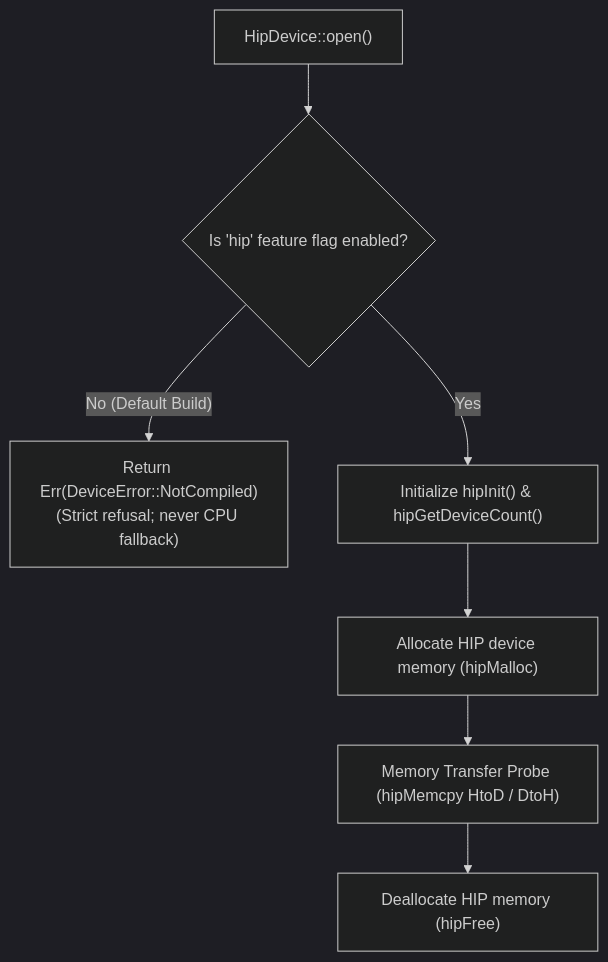
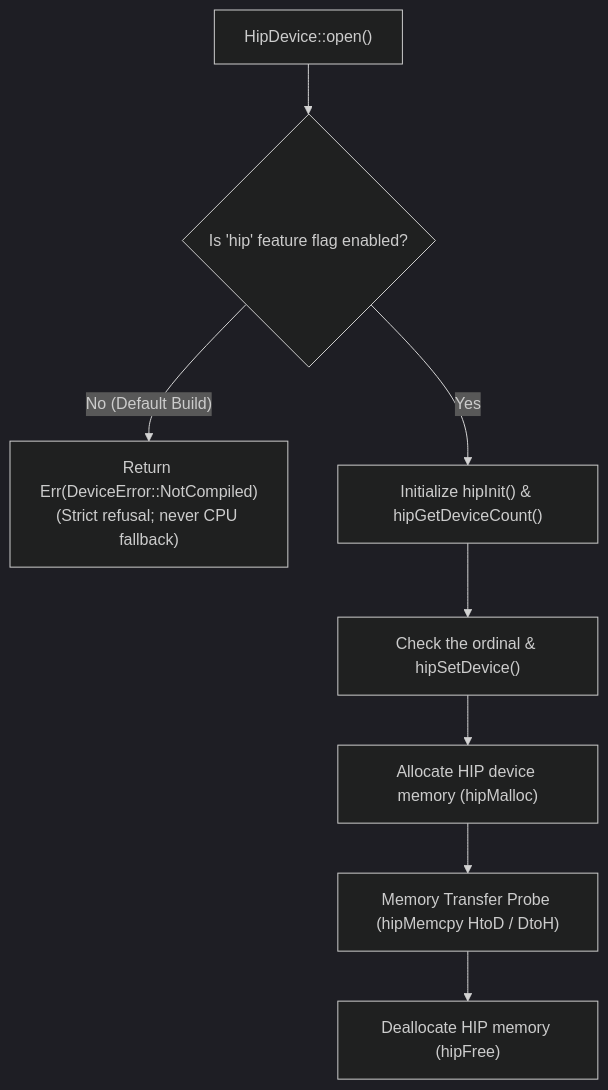
The diagram in ojas-hip/README.md (bharathvbcr/ojas), drawn with Mermaid (dark theme) before and after one commit. The commit also changed other lines of this file and 46 other files, not shown here.

````diff
--- a/ojas-hip/README.md
+++ b/ojas-hip/README.md
@@ -11,11 +11,12 @@
 ```mermaid
 flowchart TD
     Init["HipDevice::open()"] --> CheckFeature{"Is 'hip' feature flag enabled?"}
     
     CheckFeature -->|"No (Default Build)"| NotCompiled["Return Err(DeviceError::NotCompiled)\n(Strict refusal; never CPU fallback)"]
     CheckFeature -->|Yes| HipContext["Initialize hipInit() & hipGetDeviceCount()"]
     
-    HipContext --> Buffer["Allocate HIP device memory (hipMalloc)"]
+    HipContext --> Ordinal["Check the ordinal & hipSetDevice()"]
+    Ordinal --> Buffer["Allocate HIP device memory (hipMalloc)"]
     Buffer --> Copy["Memory Transfer Probe (hipMemcpy HtoD / DtoH)"]
     Copy --> Free["Deallocate HIP memory (hipFree)"]
 ```
````
